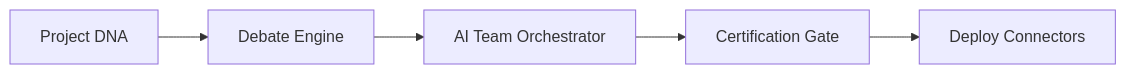
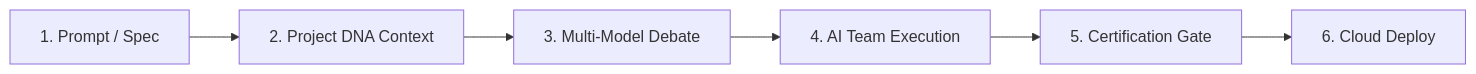
Before and after one commit to vishalvermauts/StructZeroWebsite: the diagram in src/content/kb/product.mdx, drawn with Mermaid. The commit also changed other lines of this file and 10 other files, not shown here.

Commit message:
Fix Mermaid rendering script, plugin static routes, link crawler certification gate, and content depth across all 71 pages

````diff
--- a/src/content/kb/product.mdx
+++ b/src/content/kb/product.mdx
@@ -27,7 +37,8 @@
 ```mermaid
 flowchart LR
-    DNA[Project DNA] --> Debate[Debate Engine]
-    Debate --> Team[AI Team Orchestrator]
-    Team --> Gate[Certification Gate]
-    Gate --> Deploy[Deploy Connectors]
+    Spec[1. Prompt / Spec] --> DNA[2. Project DNA Context]
+    DNA --> Debate[3. Multi-Model Debate]
+    Debate --> Team[4. AI Team Execution]
+    Team --> Gate[5. Certification Gate]
+    Gate --> Deploy[6. Cloud Deploy]
 ```
````
